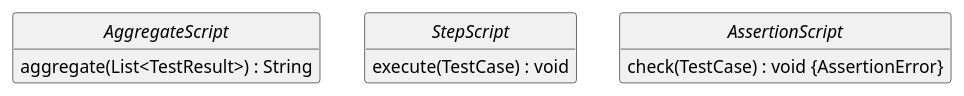
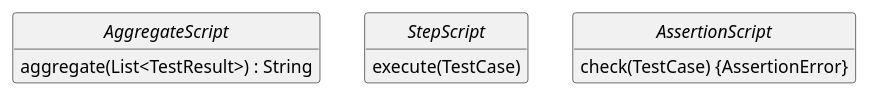
Before and after one commit to uniba-dsg/betsy: the diagram in pebl-aggregator/doc/interface.puml, drawn with PlantUML. The commit also changed 3 other files, not shown here.

```diff
--- a/pebl-aggregator/doc/interface.puml
+++ b/pebl-aggregator/doc/interface.puml
@@ -1,25 +1,25 @@
 @startuml
 interface AggregateScript {
     aggregate(List<TestResult>) : String
 }
 
 interface StepScript {
-	execute(TestCase) : void
+	execute(TestCase)
 }
 
 interface AssertionScript {
-	check(TestCase) : void {AssertionError}
+	check(TestCase) {AssertionError}
 }
 
 AggregateScript -[hidden]right- StepScript
 StepScript -[hidden]right- AssertionScript
 
 
 hide empty members
 hide empty methods
 hide circle
 
 skinparam monochrome true
 skinparam shadowing false
 skinparam packageStyle rect
 @enduml
```
